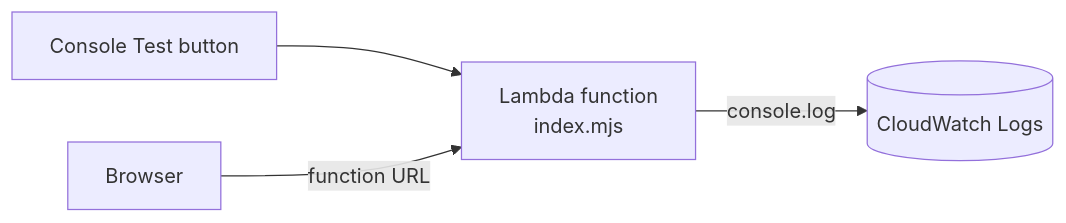
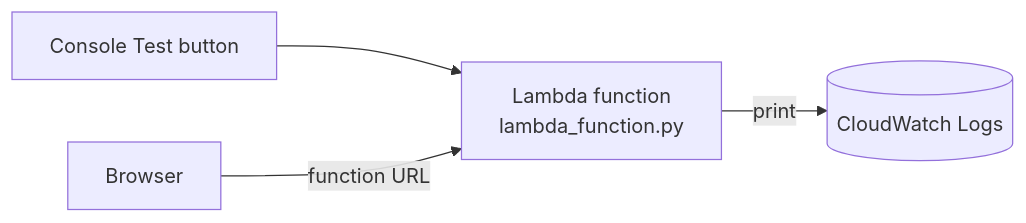
One commit to mkabajah/AWS-Workshop changed the diagram in labs/02-lambda-basics/README.md. Above: the diagram before and after it, drawn with Mermaid. The commit also changed other lines of this file and 84 other files, not shown here.

````diff
--- a/labs/02-lambda-basics/README.md
+++ b/labs/02-lambda-basics/README.md
@@ -6,6 +6,6 @@
 ```mermaid
 flowchart LR
-  T[Console Test button] --> F[Lambda function<br/>index.mjs]
+  T[Console Test button] --> F[Lambda function<br/>lambda_function.py]
   B[Browser] -- function URL --> F
-  F -- console.log --> L[(CloudWatch Logs)]
+  F -- print --> L[(CloudWatch Logs)]
 ```
````
